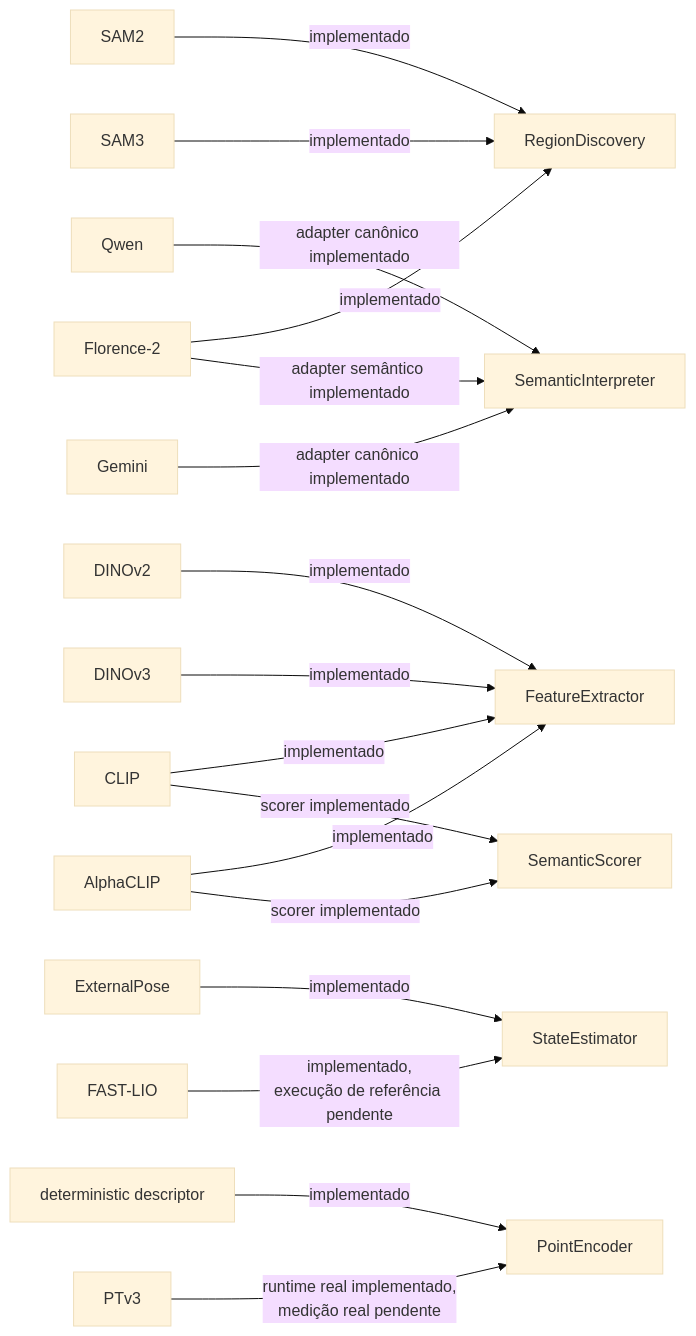
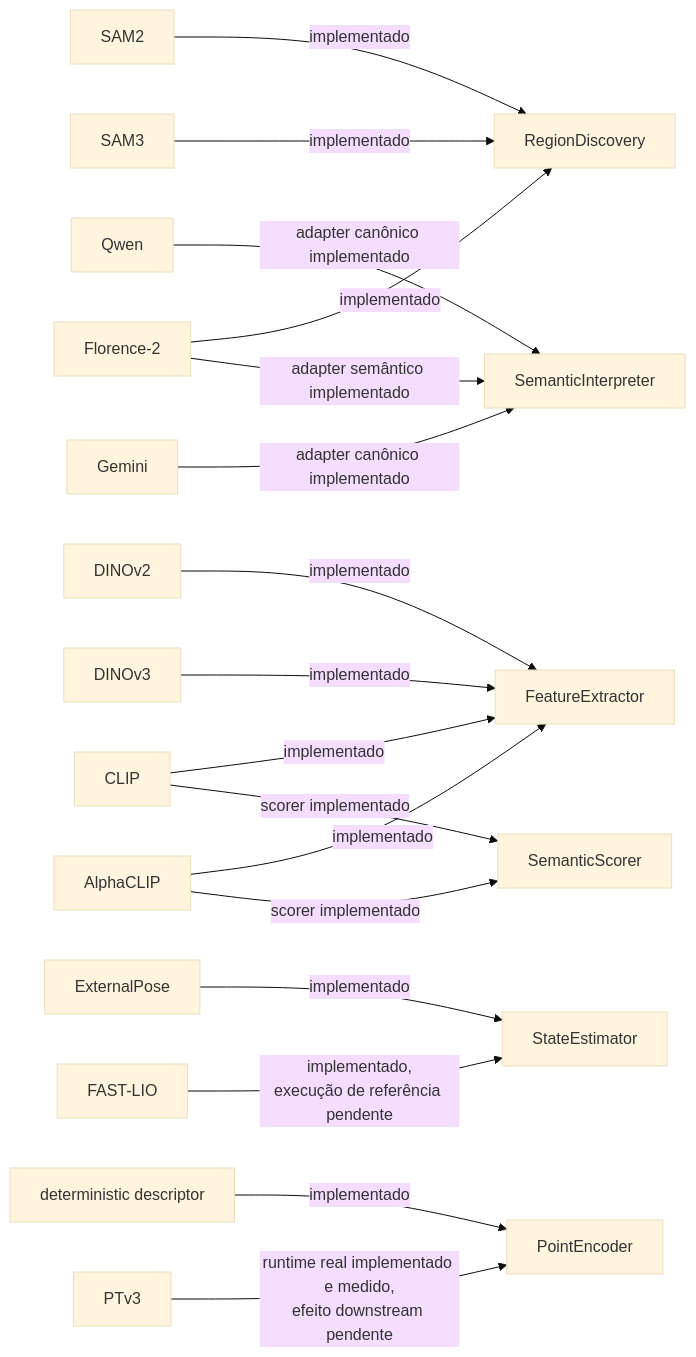
The fourth of 7 diagrams in docs/architecture.md (Alexandre-Tortoza/contextmap2), drawn with Mermaid (base theme) before and after one commit. The commit also changed 3 other files, not shown here.

````diff
--- a/docs/architecture.md
+++ b/docs/architecture.md
@@ -277,27 +277,27 @@
 ```mermaid
 flowchart LR
     RD["RegionDiscovery"]
     FE["FeatureExtractor"]
     SI["SemanticInterpreter"]
     SS["SemanticScorer"]
     SE["StateEstimator"]
     PE["PointEncoder"]
 
     SAM2["SAM2"] -->|implementado| RD
     SAM3["SAM3"] -->|implementado| RD
     F2["Florence-2"] -->|implementado| RD
 
     D2["DINOv2"] -->|implementado| FE
     D3["DINOv3"] -->|implementado| FE
     CLIP["CLIP"] -->|implementado| FE
     ACLIP["AlphaCLIP"] -->|implementado| FE
     Q["Qwen"] -->|adapter canônico implementado| SI
     G["Gemini"] -->|adapter canônico implementado| SI
     F2 -->|adapter semântico implementado| SI
     CLIP -->|scorer implementado| SS
     ACLIP -->|scorer implementado| SS
     EXT["ExternalPose"] -->|implementado| SE
     FL["FAST-LIO"] -->|implementado,<br/>execução de referência pendente| SE
     DET["deterministic descriptor"] -->|implementado| PE
-    PT["PTv3"] -->|runtime real implementado,<br/>medição real pendente| PE
+    PT["PTv3"] -->|runtime real implementado e medido,<br/>efeito downstream pendente| PE
 ```
````
